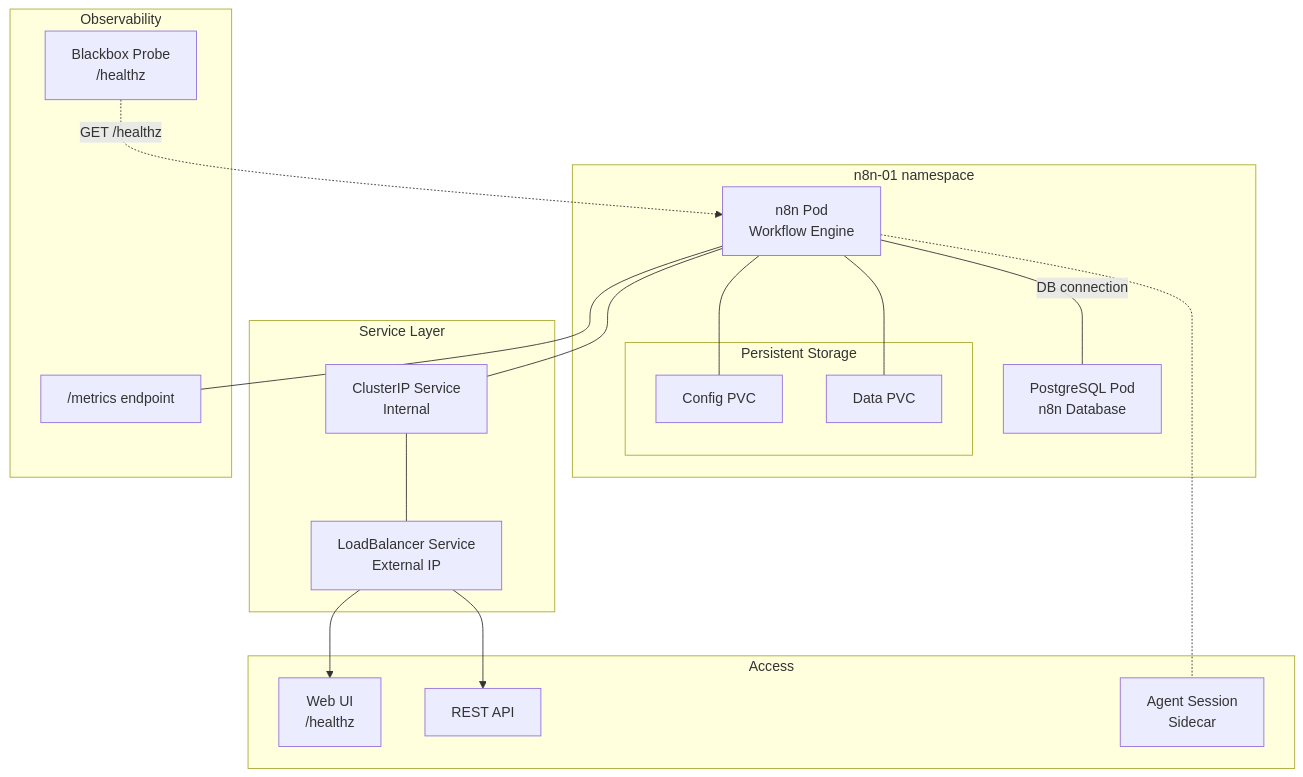
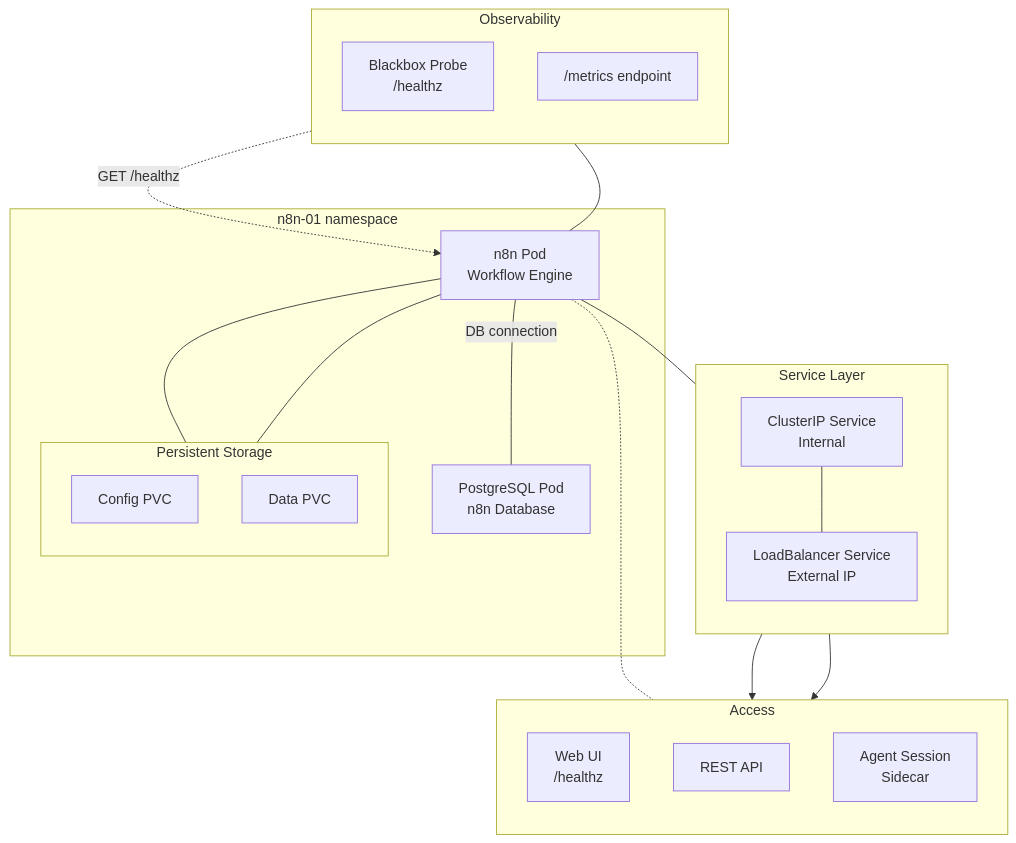
The diagram in blog/content/docs/operating/13-workflow-automation/index.md (derio-net/frank), drawn with Mermaid before and after one commit. The commit also changed 42 other files, not shown here.

First line of the commit message:
chore(repo): blog-craft v0.19.0 — mermaid natural-size rendering + all 35 diagrams under the width gate (#735)

````diff
--- a/blog/content/docs/operating/13-workflow-automation/index.md
+++ b/blog/content/docs/operating/13-workflow-automation/index.md
@@ -20,39 +20,43 @@
 ```mermaid
 graph TB
     subgraph ns["n8n-01 namespace"]
         n8n["n8n Pod<br/>Workflow Engine"]
         pg["PostgreSQL Pod<br/>n8n Database"]
         n8n ---|"DB connection"| pg
 
         subgraph mounts["Persistent Storage"]
+            direction TB
             config["Config PVC"]
             data["Data PVC"]
         end
         n8n --- config
         n8n --- data
     end
 
     subgraph svc["Service Layer"]
+        direction TB
         lb["LoadBalancer Service<br/>External IP"]
         cluster["ClusterIP Service<br/>Internal"]
     end
 
     subgraph users["Access"]
+        direction TB
         ui["Web UI<br/>/healthz"]
         api["REST API"]
         agent["Agent Session<br/>Sidecar"]
     end
 
     n8n --- cluster
     cluster --- lb
     lb --> ui
     lb --> api
     n8n -.- agent
 
     subgraph metrics["Observability"]
+        direction TB
         probe["Blackbox Probe<br/>/healthz"]
         met["/metrics endpoint"]
     end
     n8n --- met
     probe -.->|"GET /healthz"| n8n
 ```
````
